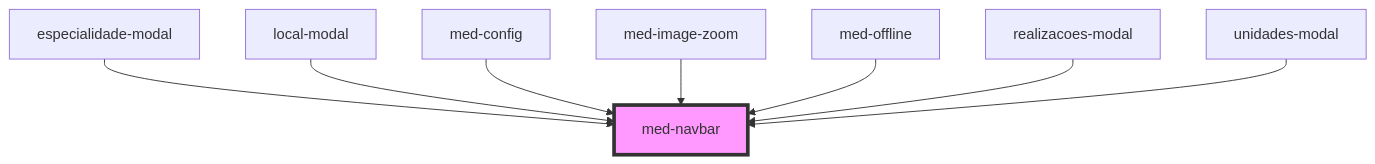
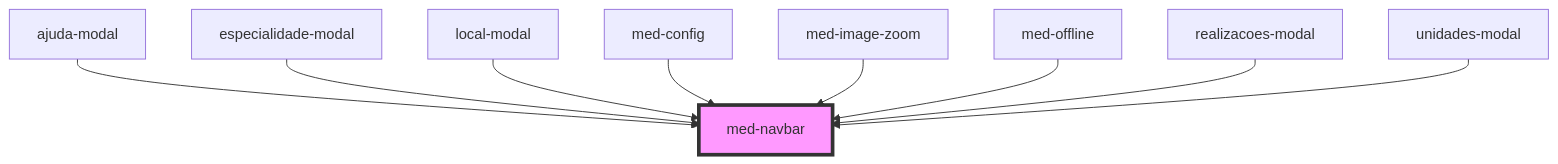
Before and after one commit to MEDGRUPOGIT/ionic-framework-1: the diagram in core/src/components/@templarios/compositions/med-navbar/readme.md, drawn with Mermaid. The commit also changed other lines of this file and 20 other files, not shown here.

Commit message:
migração ionic 1 tela simulados modal ajuda

````diff
--- a/core/src/components/@templarios/compositions/med-navbar/readme.md
+++ b/core/src/components/@templarios/compositions/med-navbar/readme.md
@@ -29,11 +30,12 @@
 ```mermaid
 graph TD;
+  ajuda-modal --> med-navbar
   especialidade-modal --> med-navbar
   local-modal --> med-navbar
   med-config --> med-navbar
   med-image-zoom --> med-navbar
   med-offline --> med-navbar
   realizacoes-modal --> med-navbar
   unidades-modal --> med-navbar
   style med-navbar fill:#f9f,stroke:#333,stroke-width:4px
 ```
````
